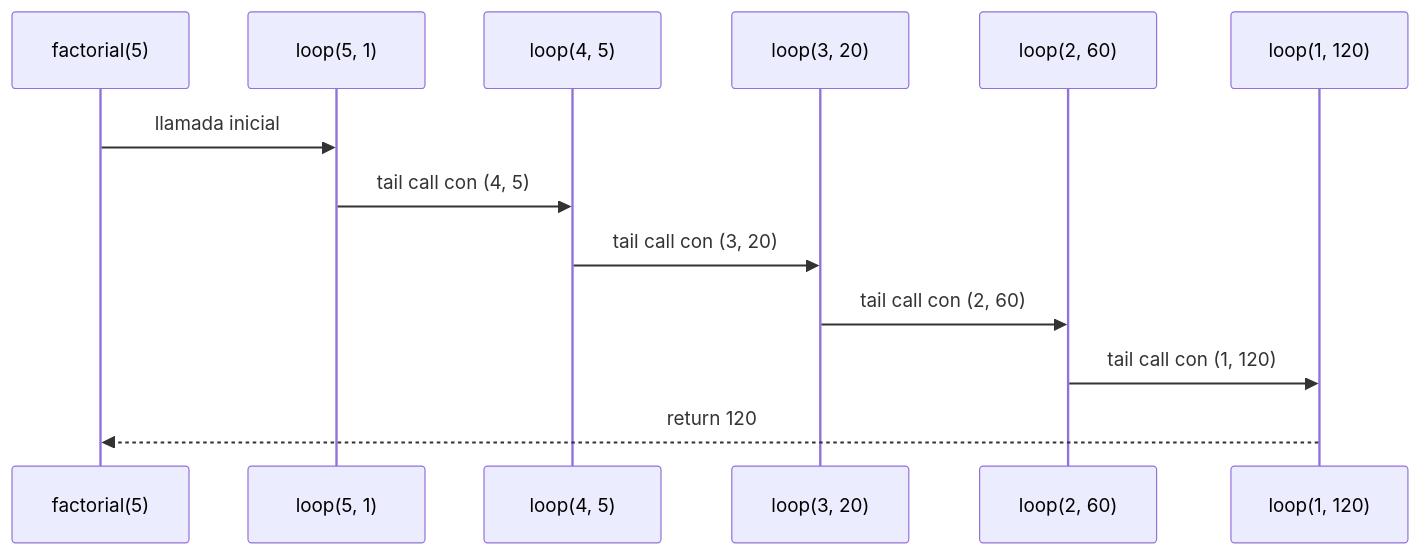
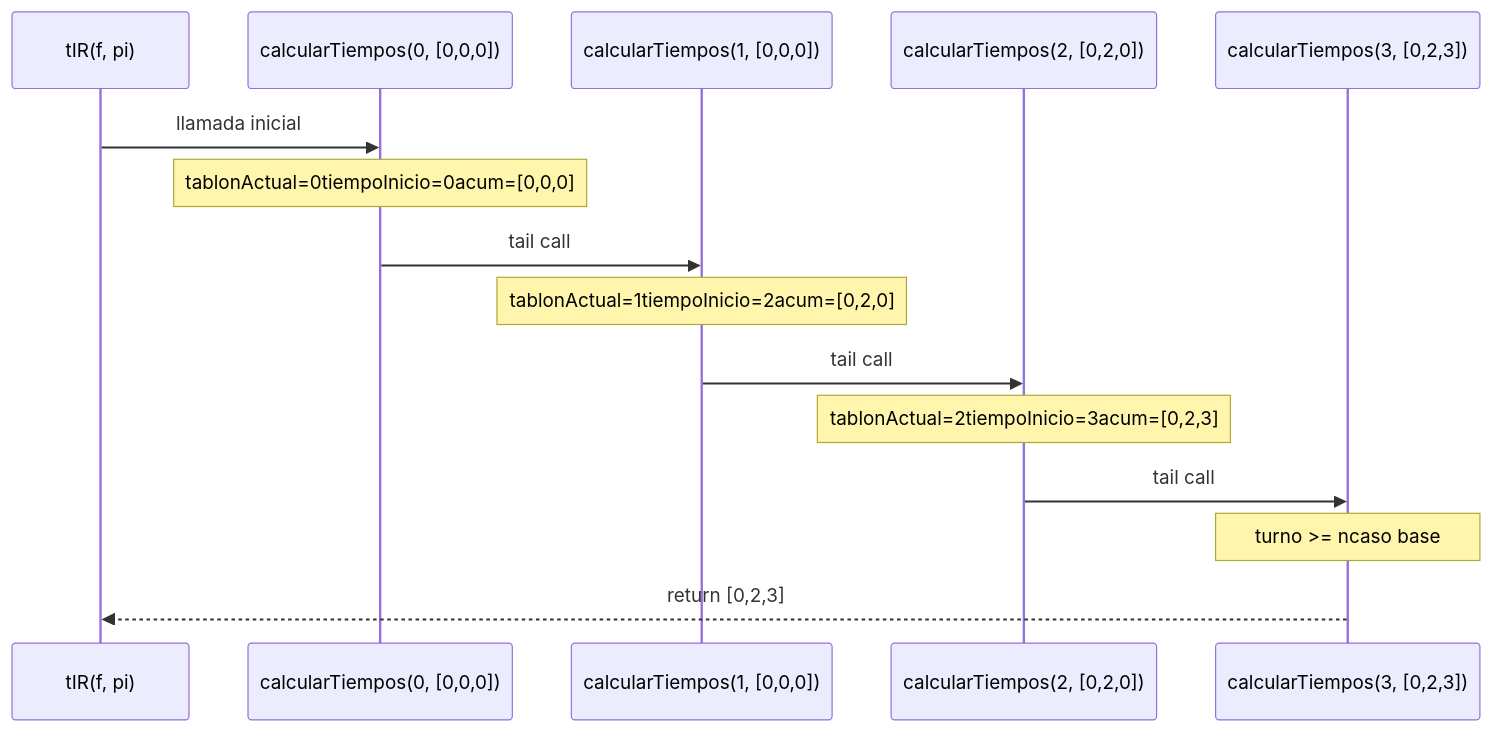
Before and after one commit to 2025-II-PFC-FLP/proyecto-final-pfc-2025-ii-drg_pf: the first of 4 diagrams in docs/Proceso.md, drawn with Mermaid. The commit also changed other lines of this file, not shown here.

````diff
--- a/docs/Proceso.md
+++ b/docs/Proceso.md
@@ -114,16 +170,18 @@
 ```mermaid
 sequenceDiagram
-    participant Main as factorial(5)
-    participant L1 as loop(5, 1)
-    participant L2 as loop(4, 5)
-    participant L3 as loop(3, 20)
-    participant L4 as loop(2, 60)
-    participant L5 as loop(1, 120)
+    participant Main as tIR(f, pi)
+    participant T0 as calcularTiempos(0, [0,0,0])
+    participant T1 as calcularTiempos(1, [0,0,0])
+    participant T2 as calcularTiempos(2, [0,2,0])
+    participant T3 as calcularTiempos(3, [0,2,3])
 
-    Main->>L1: llamada inicial
-    L1->>L2: tail call con (4, 5)
-    L2->>L3: tail call con (3, 20)
-    L3->>L4: tail call con (2, 60)
-    L4->>L5: tail call con (1, 120)
-    L5-->>Main: return 120
+    Main->>T0: llamada inicial
+    Note over T0: tablonActual=0tiempoInicio=0acum=[0,0,0]
+    T0->>T1: tail call
+    Note over T1: tablonActual=1tiempoInicio=2acum=[0,2,0]
+    T1->>T2: tail call
+    Note over T2: tablonActual=2tiempoInicio=3acum=[0,2,3]
+    T2->>T3: tail call
+    Note over T3: turno >= ncaso base
+    T3-->>Main: return [0,2,3]
 ```
````
